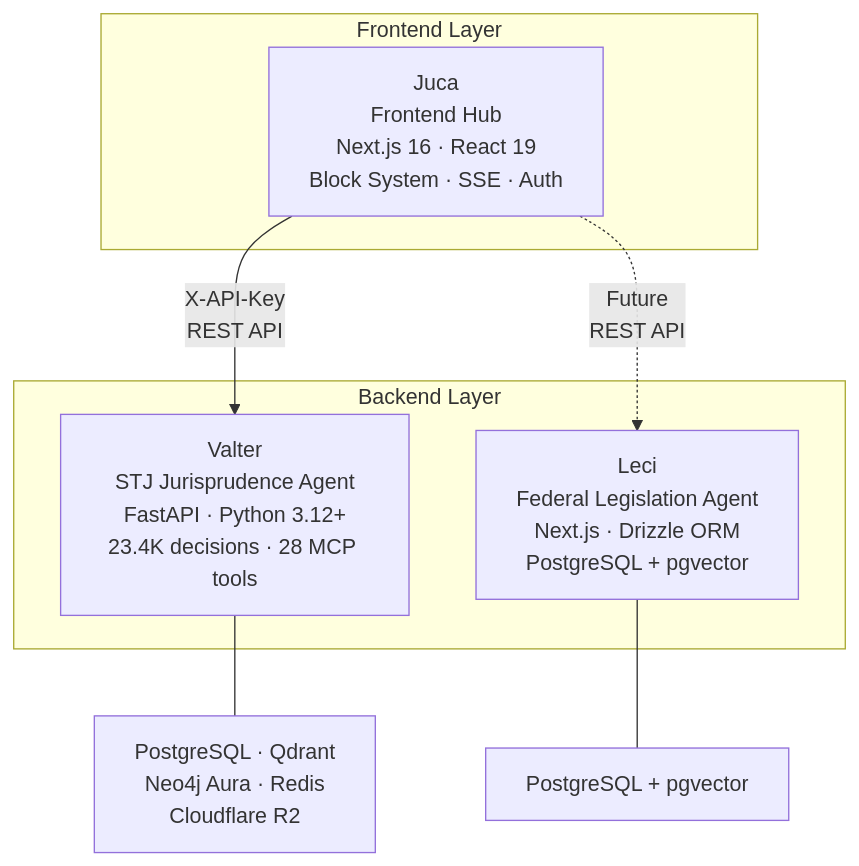
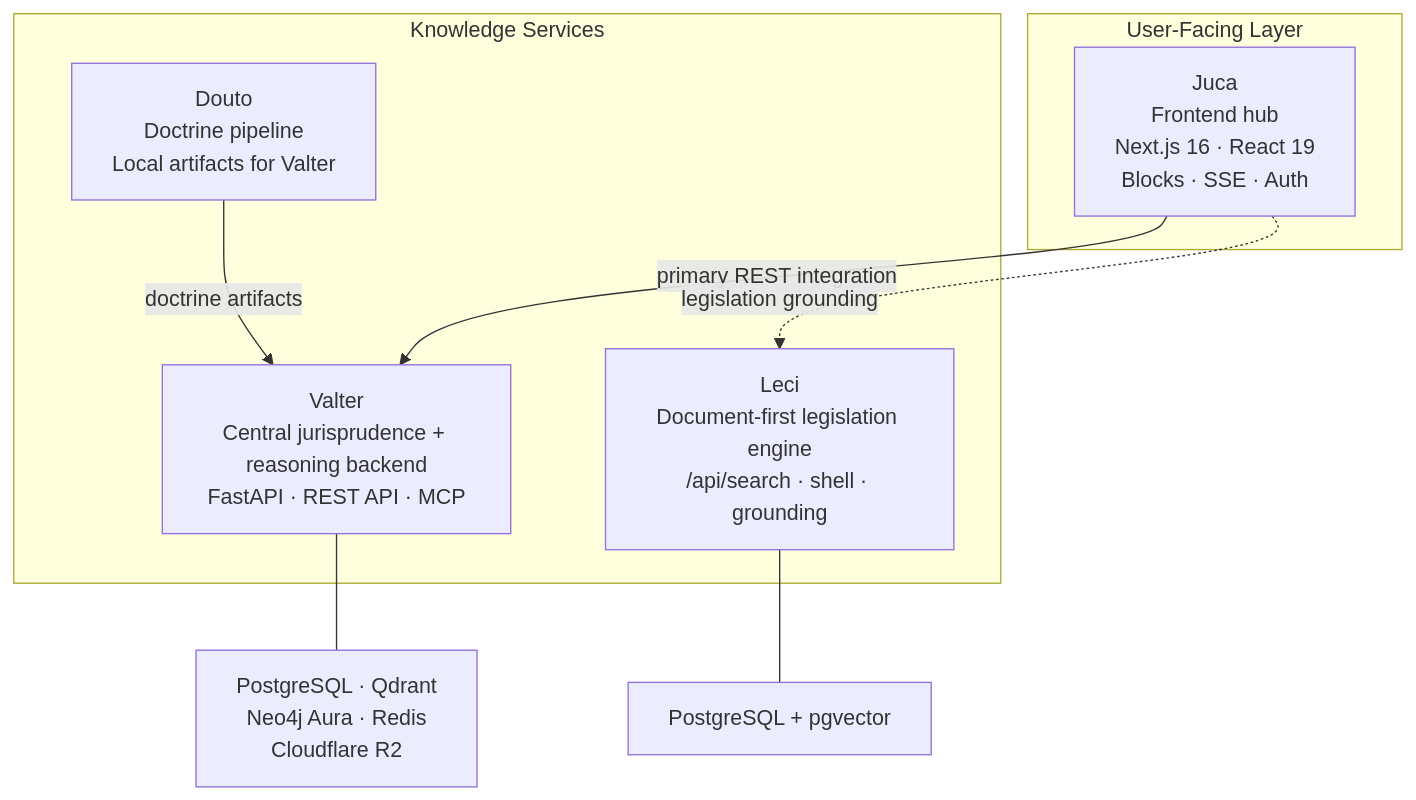
Before and after one commit to sensdiego/sens.legal: the diagram in sites/juca/src/content/docs/architecture/ecosystem.md, drawn with Mermaid. The commit also changed other lines of this file and 57 other files, not shown here.

````diff
--- a/sites/juca/src/content/docs/architecture/ecosystem.md
+++ b/sites/juca/src/content/docs/architecture/ecosystem.md
@@ -15,16 +15,18 @@
 ```mermaid
 graph TB
-    subgraph "Frontend Layer"
-        Juca["Juca<br/>Frontend Hub<br/>Next.js 16 · React 19<br/>Block System · SSE · Auth"]
+    subgraph "User-Facing Layer"
+        Juca["Juca<br/>Frontend hub<br/>Next.js 16 · React 19<br/>Blocks · SSE · Auth"]
     end
-    subgraph "Backend Layer"
-        Valter["Valter<br/>STJ Jurisprudence Agent<br/>FastAPI · Python 3.12+<br/>23.4K decisions · 28 MCP tools"]
-        Leci["Leci<br/>Federal Legislation Agent<br/>Next.js · Drizzle ORM<br/>PostgreSQL + pgvector"]
+    subgraph "Knowledge Services"
+        Valter["Valter<br/>Central jurisprudence + reasoning backend<br/>FastAPI · REST API · MCP"]
+        Leci["Leci<br/>Document-first legislation engine<br/>/api/search · shell · grounding"]
+        Douto["Douto<br/>Doctrine pipeline<br/>Local artifacts for Valter"]
     end
 
-    Juca -->|"X-API-Key<br/>REST API"| Valter
-    Juca -.->|"Future<br/>REST API"| Leci
+    Juca -->|"primary REST integration"| Valter
+    Juca -.->|"legislation grounding"| Leci
+    Douto -->|"doctrine artifacts"| Valter
 
     Valter --- VDB["PostgreSQL · Qdrant<br/>Neo4j Aura · Redis<br/>Cloudflare R2"]
     Leci --- LDB["PostgreSQL + pgvector"]
 ```
````
